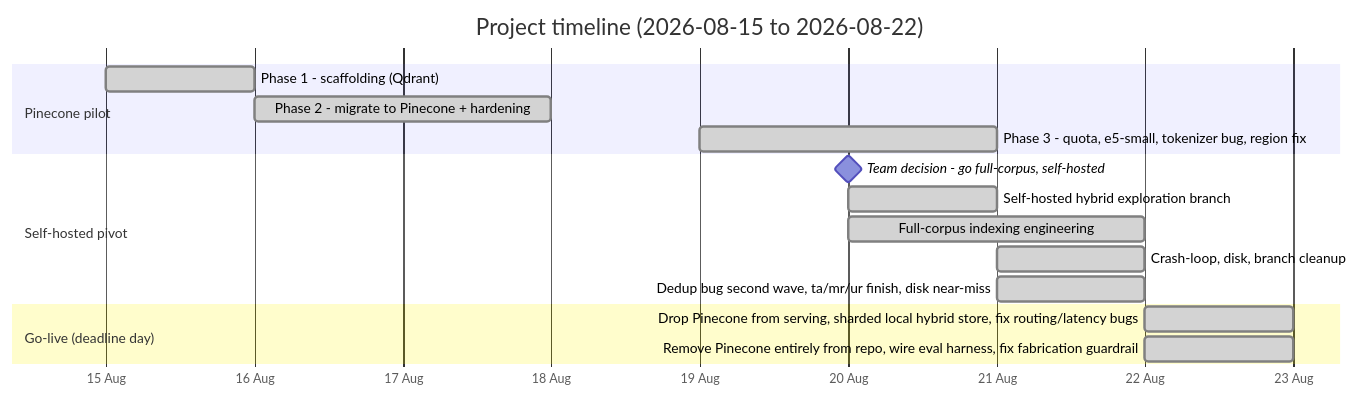
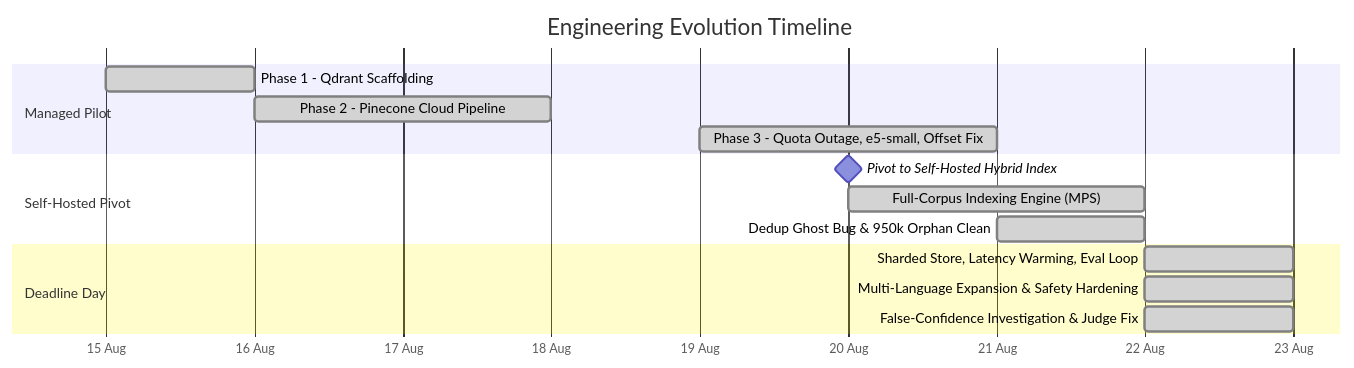
The second of 2 diagrams in README.md (arvus3005/geeks), drawn with Mermaid before and after one commit. The commit also changed other lines of this file, not shown here.

First line of the commit message:
docs: thoroughly update README with today's real eval/latency data, architecture, and story

````diff
--- a/README.md
+++ b/README.md
@@ -81,19 +177,18 @@
 ```mermaid
 gantt
-    title Project timeline (2026-08-15 to 2026-08-22)
+    title Engineering Evolution Timeline
     dateFormat  YYYY-MM-DD
     axisFormat  %d %b
-    section Pinecone pilot
-    Phase 1 - scaffolding (Qdrant)      :done, p1, 2026-08-15, 1d
-    Phase 2 - migrate to Pinecone + hardening :done, p2, 2026-08-16, 2d
-    Phase 3 - quota, e5-small, tokenizer bug, region fix :done, p3, 2026-08-19, 2d
-    section Self-hosted pivot
-    Team decision - go full-corpus, self-hosted :milestone, m1, 2026-08-20, 0d
-    Self-hosted hybrid exploration branch :done, p4, 2026-08-20, 1d
-    Full-corpus indexing engineering :done, p5, 2026-08-20, 2d
-    Crash-loop, disk, branch cleanup :done, p6, 2026-08-21, 1d
-    Dedup bug second wave, ta/mr/ur finish, disk near-miss :done, p7, 2026-08-21, 1d
-    section Go-live (deadline day)
-    Drop Pinecone from serving, sharded local hybrid store, fix routing/latency bugs :done, p8, 2026-08-22, 1d
-    Remove Pinecone entirely from repo, wire eval harness, fix fabrication guardrail :done, p9, 2026-08-22, 1d
+    section Managed Pilot
+    Phase 1 - Qdrant Scaffolding               :done, p1, 2026-08-15, 1d
+    Phase 2 - Pinecone Cloud Pipeline          :done, p2, 2026-08-16, 2d
+    Phase 3 - Quota Outage, e5-small, Offset Fix:done, p3, 2026-08-19, 2d
+    section Self-Hosted Pivot
+    Pivot to Self-Hosted Hybrid Index         :milestone, m1, 2026-08-20, 0d
+    Full-Corpus Indexing Engine (MPS)          :done, p4, 2026-08-20, 2d
+    Dedup Ghost Bug & 950k Orphan Clean        :done, p5, 2026-08-21, 1d
+    section Deadline Day
+    Sharded Store, Latency Warming, Eval Loop  :done, p6, 2026-08-22, 1d
+    Multi-Language Expansion & Safety Hardening :done, p7, 2026-08-22, 1d
+    False-Confidence Investigation & Judge Fix :done, p8, 2026-08-22, 1d
 ```
````
